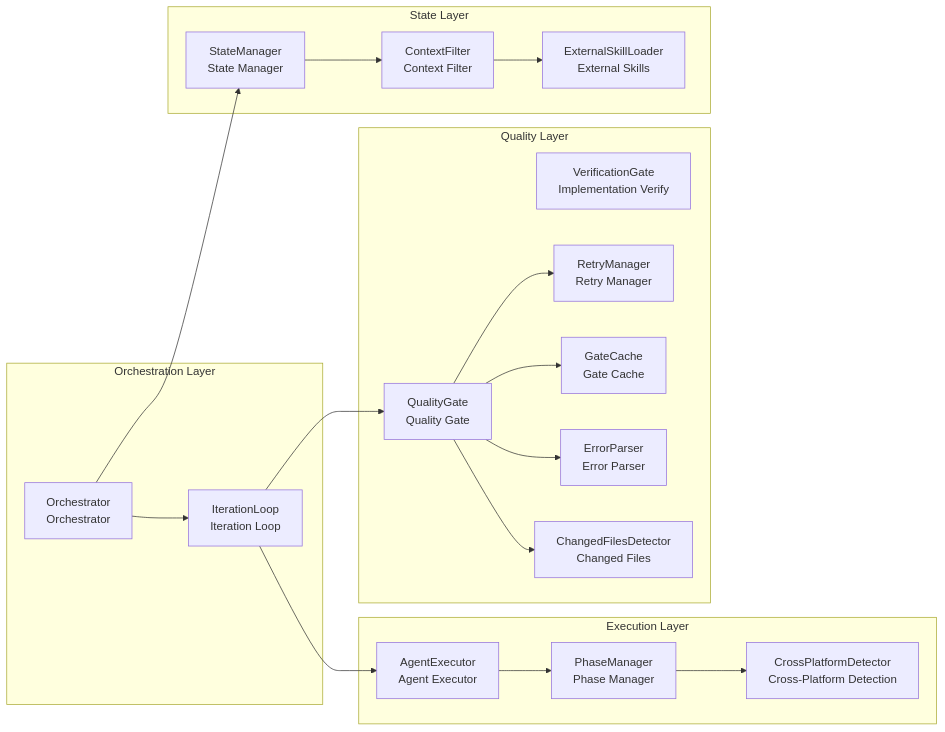
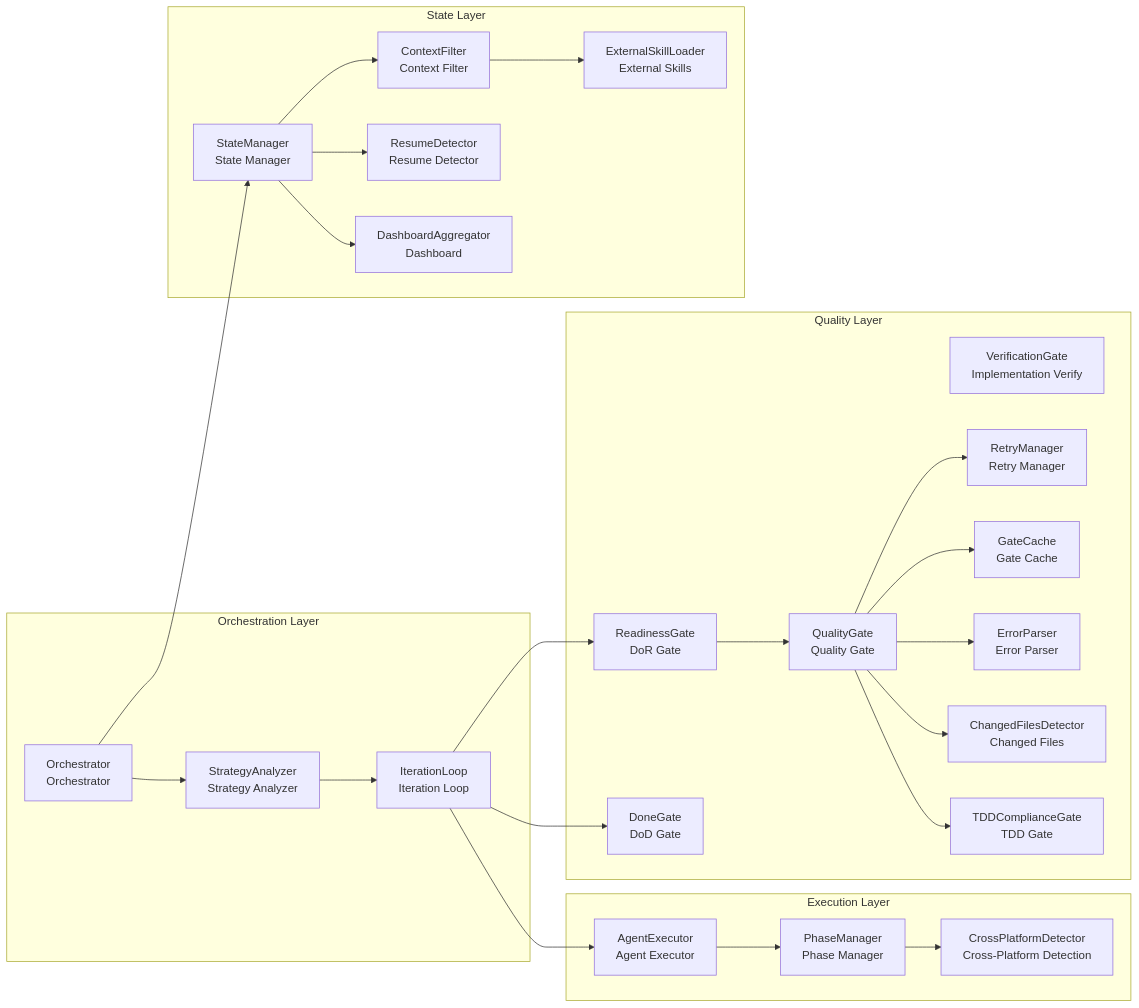
The second of 19 diagrams in docs/System-Architecture.md (Taoidle/plan-cascade), drawn with Mermaid before and after one commit. The commit also changed other lines of this file and 4 other files, not shown here.

````diff
--- a/docs/System-Architecture.md
+++ b/docs/System-Architecture.md
@@ -87,41 +87,53 @@
 ```mermaid
 graph LR
     subgraph "Orchestration Layer"
         O[Orchestrator<br/>Orchestrator]
         IL[IterationLoop<br/>Iteration Loop]
+        SA[StrategyAnalyzer<br/>Strategy Analyzer]
     end
 
     subgraph "Execution Layer"
         AE[AgentExecutor<br/>Agent Executor]
         PM[PhaseManager<br/>Phase Manager]
         CPD[CrossPlatformDetector<br/>Cross-Platform Detection]
     end
 
     subgraph "Quality Layer"
         QG[QualityGate<br/>Quality Gate]
         VG[VerificationGate<br/>Implementation Verify]
         RM[RetryManager<br/>Retry Manager]
         GC[GateCache<br/>Gate Cache]
         EP[ErrorParser<br/>Error Parser]
         CFD[ChangedFilesDetector<br/>Changed Files]
+        DOR[ReadinessGate<br/>DoR Gate]
+        DOD[DoneGate<br/>DoD Gate]
+        TDD[TDDComplianceGate<br/>TDD Gate]
     end
 
     subgraph "State Layer"
         SM[StateManager<br/>State Manager]
         CF[ContextFilter<br/>Context Filter]
         ESL[ExternalSkillLoader<br/>External Skills]
+        RD[ResumeDetector<br/>Resume Detector]
+        DA[DashboardAggregator<br/>Dashboard]
     end
 
-    O --> IL
+    O --> SA
+    SA --> IL
     IL --> AE
     AE --> PM
     PM --> CPD
-    IL --> QG
+    IL --> DOR
+    DOR --> QG
     QG --> RM
     QG --> GC
     QG --> EP
     QG --> CFD
+    QG --> TDD
+    IL --> DOD
     O --> SM
     SM --> CF
+    SM --> RD
+    SM --> DA
     CF --> ESL
 ```
````
